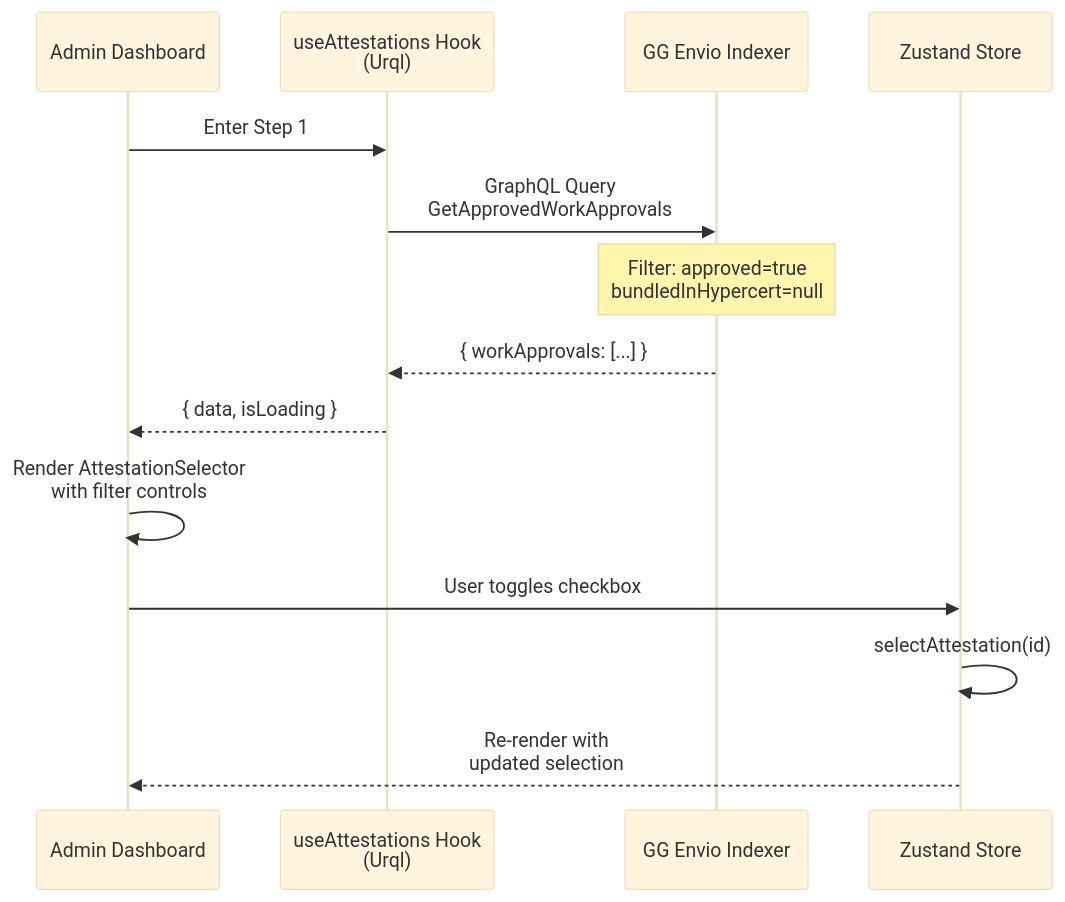
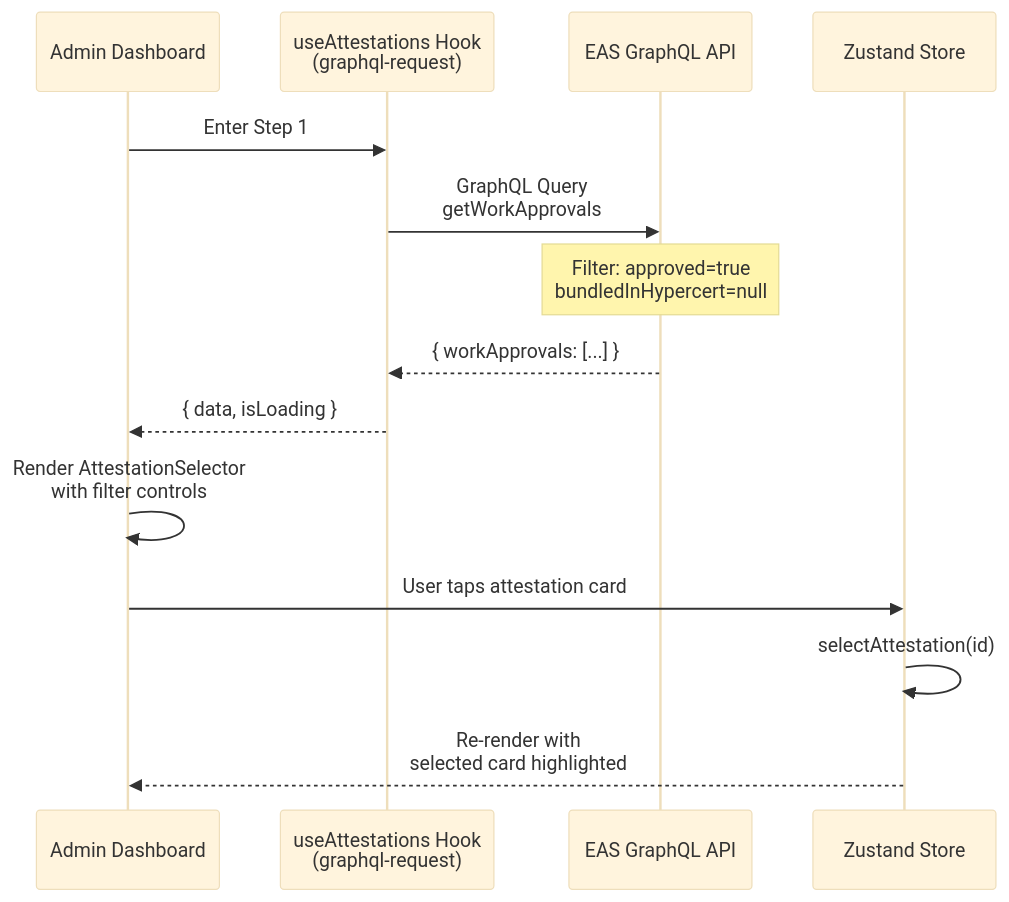
One commit to greenpill-dev-guild/green-goods changed the seventh of 12 diagrams in docs/docs/specs/hypercerts/technical-spec.md. Above: the diagram before and after it, drawn with Mermaid (base theme). The commit also changed other lines of this file and 11 other files, not shown here.

````diff
--- a/docs/docs/specs/hypercerts/technical-spec.md
+++ b/docs/docs/specs/hypercerts/technical-spec.md
@@ -1254,22 +1266,22 @@
 ```mermaid
 sequenceDiagram
     participant Admin as Admin Dashboard
-    participant Hook as useAttestations Hook<br/>(Urql)
-    participant Envio as GG Envio Indexer
+    participant Hook as useAttestations Hook<br/>(graphql-request)
+    participant EAS as EAS GraphQL API
     participant Store as Zustand Store
 
     Admin->>Hook: Enter Step 1
 
-    Hook->>Envio: GraphQL Query<br/>GetApprovedWorkApprovals
+    Hook->>EAS: GraphQL Query<br/>getWorkApprovals
 
-    Note over Envio: Filter: approved=true<br/>bundledInHypercert=null
+    Note over EAS: Filter: approved=true<br/>bundledInHypercert=null
 
-    Envio-->>Hook: { workApprovals: [...] }
+    EAS-->>Hook: { workApprovals: [...] }
     Hook-->>Admin: { data, isLoading }
 
     Admin->>Admin: Render AttestationSelector<br/>with filter controls
 
-    Admin->>Store: User toggles checkbox
+    Admin->>Store: User taps attestation card
     Store->>Store: selectAttestation(id)
-    Store-->>Admin: Re-render with<br/>updated selection
+    Store-->>Admin: Re-render with<br/>selected card highlighted
 ```
````
